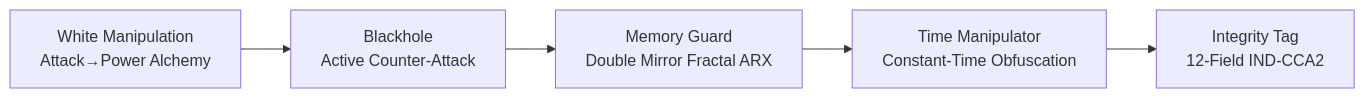
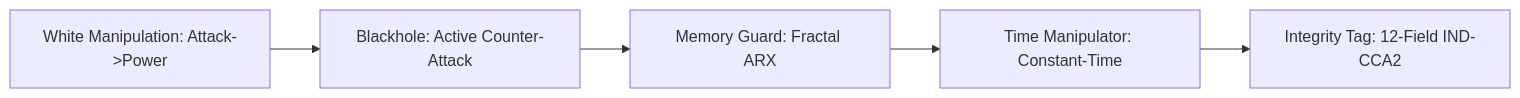
The second of 2 diagrams in README.md (primordialomegazero/femmgFHE), drawn with Mermaid before and after one commit. The commit also changed other lines of this file, not shown here.

Commit message:
README: Fixed Mermaid diagrams — removed unsupported <br/> tags

````diff
--- a/README.md
+++ b/README.md
@@ -70,7 +70,7 @@
 ```mermaid
 graph LR
-    WM[White Manipulation<br/>Attack→Power Alchemy] --> BH[Blackhole<br/>Active Counter-Attack]
-    BH --> MG[Memory Guard<br/>Double Mirror Fractal ARX]
-    MG --> TM[Time Manipulator<br/>Constant-Time Obfuscation]
-    TM --> IV[Integrity Tag<br/>12-Field IND-CCA2]
+    WM["White Manipulation: Attack->Power"] --> BH["Blackhole: Active Counter-Attack"]
+    BH --> MG["Memory Guard: Fractal ARX"]
+    MG --> TM["Time Manipulator: Constant-Time"]
+    TM --> IV["Integrity Tag: 12-Field IND-CCA2"]
 ```
````
